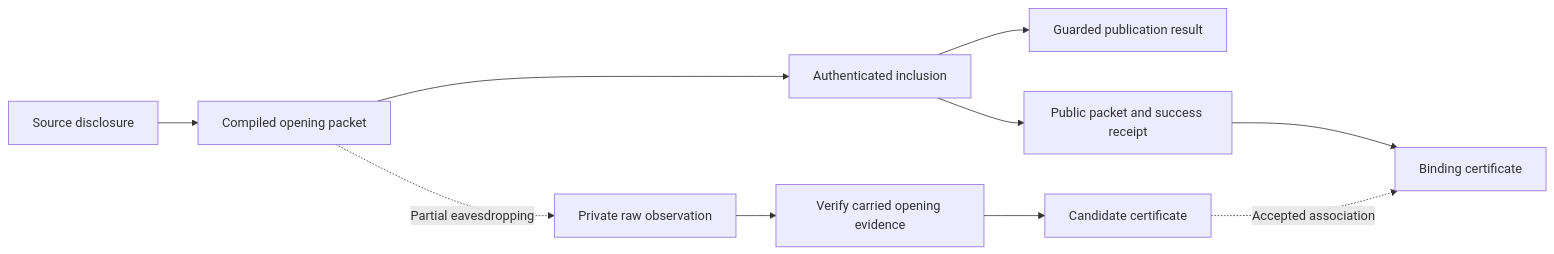
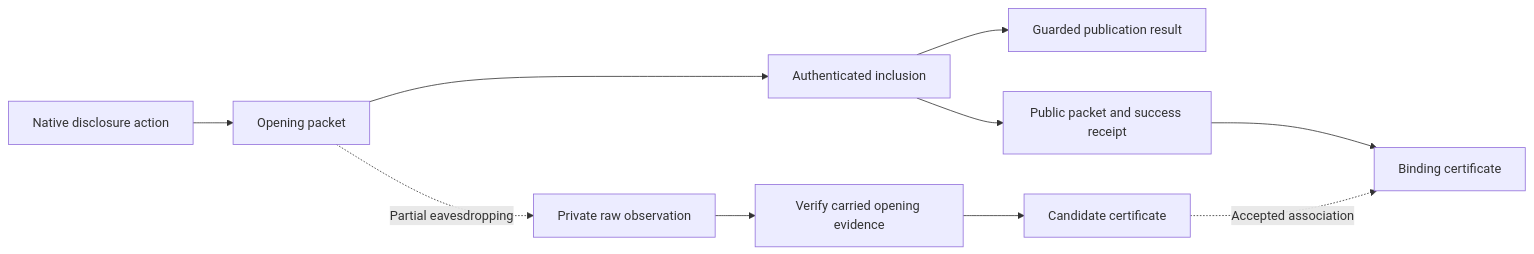
One commit to elazarg/VegasCore changed the diagram in docs/ambient-communication.md. Above: the diagram before and after it, drawn with Mermaid. The commit also changed other lines of this file and 19 other files, not shown here.

Commit message:
Respect source disclosure guards and prove finite trembling-plan foundations

````diff
--- a/docs/ambient-communication.md
+++ b/docs/ambient-communication.md
@@ -224,12 +230,12 @@
 ```mermaid
 flowchart LR
-    A[Source disclosure] --> B[Compiled opening packet]
+    A[Native disclosure action] --> B[Opening packet]
     B --> C[Authenticated inclusion]
     C --> D[Guarded publication result]
     C --> E[Public packet and success receipt]
     E --> F[Binding certificate]
     B -. Partial eavesdropping .-> G[Private raw observation]
     G --> H[Verify carried opening evidence]
     H --> I[Candidate certificate]
     I -. Accepted association .-> F
 ```
````
